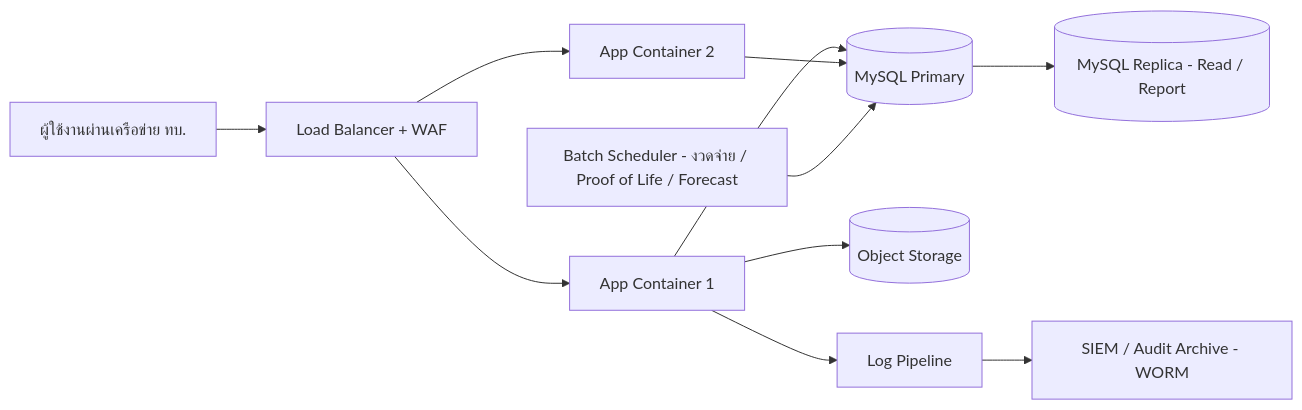
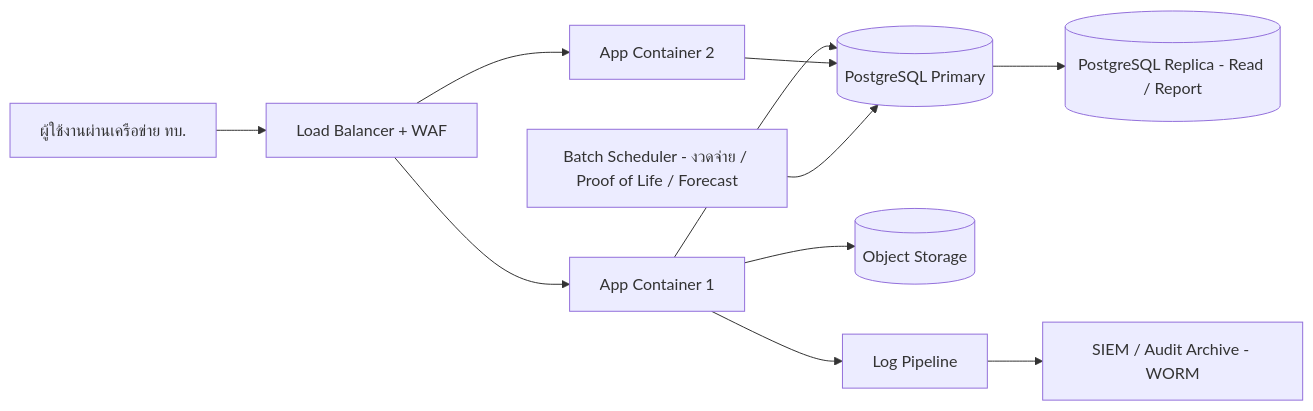
One commit to worari/sittidop-benefit-system changed the seventh of 10 diagrams in docs/ENTERPRISE_SYSTEM_DESIGN.md. Above: the diagram before and after it, drawn with Mermaid. The commit also changed other lines of this file and 33 other files, not shown here.

````diff
--- a/docs/ENTERPRISE_SYSTEM_DESIGN.md
+++ b/docs/ENTERPRISE_SYSTEM_DESIGN.md
@@ -236,12 +236,12 @@
 ```mermaid
 flowchart LR
     U[ผู้ใช้งานผ่านเครือข่าย ทบ.] --> LB[Load Balancer + WAF]
     LB --> APP1[App Container 1]
     LB --> APP2[App Container 2]
-    APP1 --> DB[(MySQL Primary)]
+    APP1 --> DB[(PostgreSQL Primary)]
     APP2 --> DB
-    DB --> DBR[(MySQL Replica - Read / Report)]
+    DB --> DBR[(PostgreSQL Replica - Read / Report)]
     APP1 --> OS[(Object Storage)]
     APP1 --> LOGQ[Log Pipeline] --> SIEM[SIEM / Audit Archive - WORM]
     BATCH[Batch Scheduler - งวดจ่าย / Proof of Life / Forecast] --> DB
 ```
````
